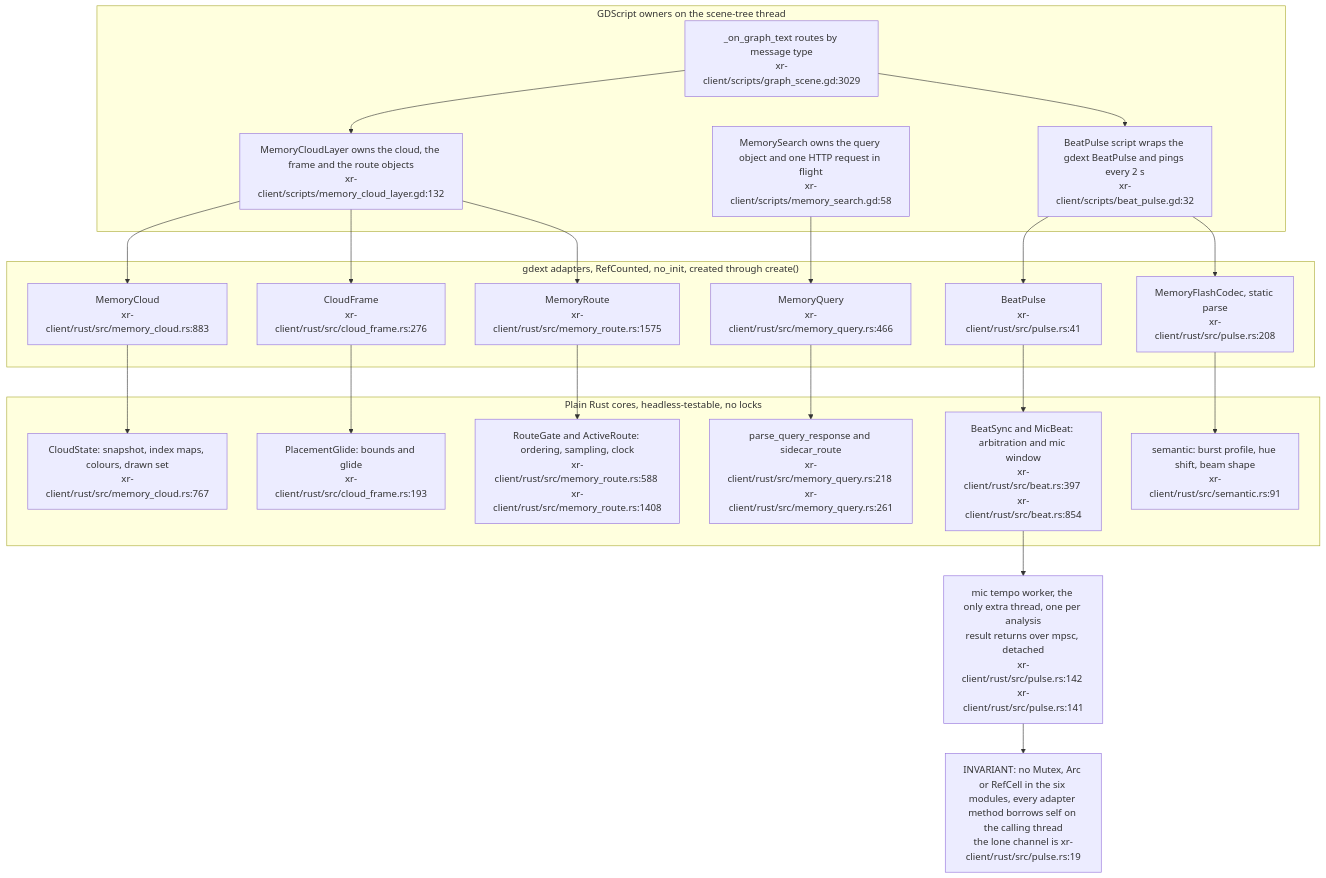
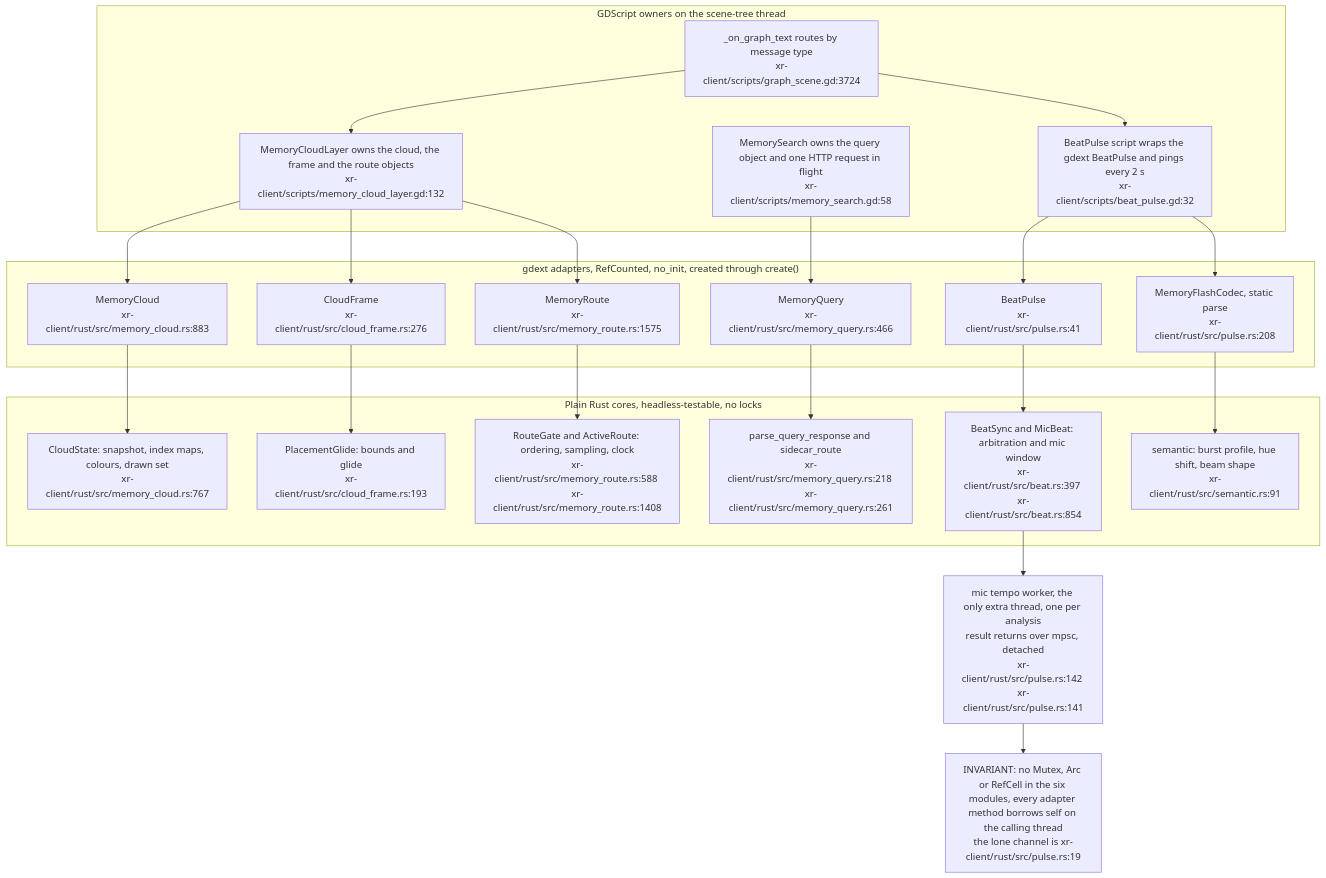
Before and after one commit to DreamLab-AI/VisionFlow: the first of 19 diagrams in docs/diagrams/visionclaw/38-xr-memory-cloud-internals.md, drawn with Mermaid. The commit also changed other lines of this file and 151 other files, not shown here.

````diff
--- a/docs/diagrams/visionclaw/38-xr-memory-cloud-internals.md
+++ b/docs/diagrams/visionclaw/38-xr-memory-cloud-internals.md
@@ -50,43 +50,43 @@
 ```mermaid
 flowchart TB
     subgraph gd["GDScript owners on the scene-tree thread"]
-        GS["_on_graph_text routes by message type<br/>xr-client/scripts/graph_scene.gd:3029"]
+        GS["_on_graph_text routes by message type<br/>xr-client/scripts/graph_scene.gd:3724"]
         LAYER["MemoryCloudLayer owns the cloud, the frame and the route objects<br/>xr-client/scripts/memory_cloud_layer.gd:132"]
         SEARCH["MemorySearch owns the query object and one HTTP request in flight<br/>xr-client/scripts/memory_search.gd:58"]
         BEATGD["BeatPulse script wraps the gdext BeatPulse and pings every 2 s<br/>xr-client/scripts/beat_pulse.gd:32"]
     end
     subgraph cls["gdext adapters, RefCounted, no_init, created through create()"]
         MC["MemoryCloud<br/>xr-client/rust/src/memory_cloud.rs:883"]
         CF["CloudFrame<br/>xr-client/rust/src/cloud_frame.rs:276"]
         MR["MemoryRoute<br/>xr-client/rust/src/memory_route.rs:1575"]
         MQ["MemoryQuery<br/>xr-client/rust/src/memory_query.rs:466"]
         BP["BeatPulse<br/>xr-client/rust/src/pulse.rs:41"]
         FC["MemoryFlashCodec, static parse<br/>xr-client/rust/src/pulse.rs:208"]
     end
     subgraph core["Plain Rust cores, headless-testable, no locks"]
         CS["CloudState: snapshot, index maps, colours, drawn set<br/>xr-client/rust/src/memory_cloud.rs:767"]
         PG["PlacementGlide: bounds and glide<br/>xr-client/rust/src/cloud_frame.rs:193"]
         RG["RouteGate and ActiveRoute: ordering, sampling, clock<br/>xr-client/rust/src/memory_route.rs:588 xr-client/rust/src/memory_route.rs:1408"]
         QA["parse_query_response and sidecar_route<br/>xr-client/rust/src/memory_query.rs:218 xr-client/rust/src/memory_query.rs:261"]
         BS["BeatSync and MicBeat: arbitration and mic window<br/>xr-client/rust/src/beat.rs:397 xr-client/rust/src/beat.rs:854"]
         SE["semantic: burst profile, hue shift, beam shape<br/>xr-client/rust/src/semantic.rs:91"]
     end
     WORKER["mic tempo worker, the only extra thread, one per analysis<br/>result returns over mpsc, detached<br/>xr-client/rust/src/pulse.rs:142 xr-client/rust/src/pulse.rs:141"]
     GS --> LAYER
     GS --> BEATGD
     LAYER --> MC
     LAYER --> CF
     LAYER --> MR
     SEARCH --> MQ
     BEATGD --> BP
     BEATGD --> FC
     MC --> CS
     CF --> PG
     MR --> RG
     MQ --> QA
     BP --> BS
     FC --> SE
     BS --> WORKER
     INV["INVARIANT: no Mutex, Arc or RefCell in the six modules, every adapter method borrows self on the calling thread<br/>the lone channel is xr-client/rust/src/pulse.rs:19"]
     WORKER --> INV
 ```
````
